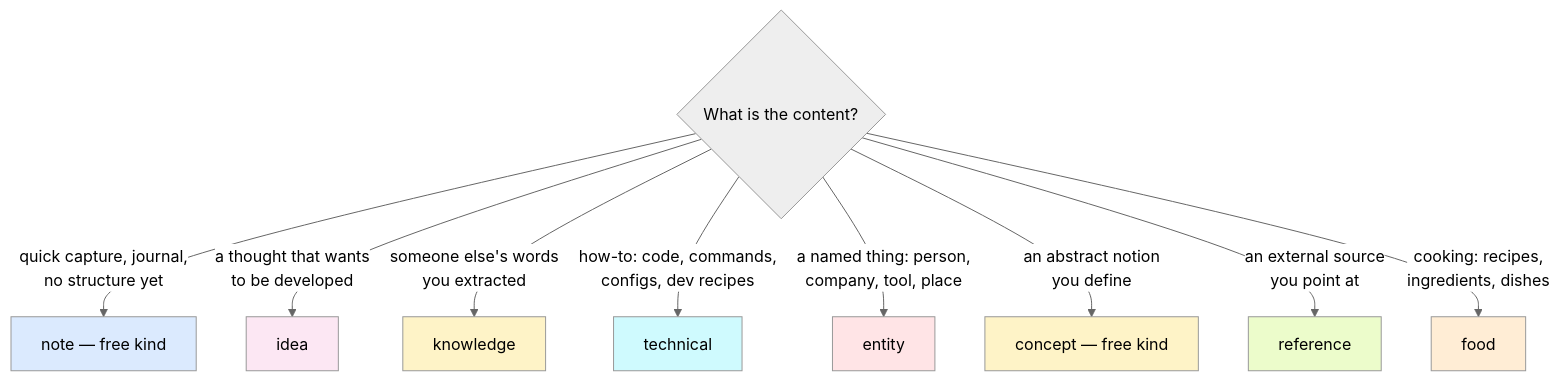
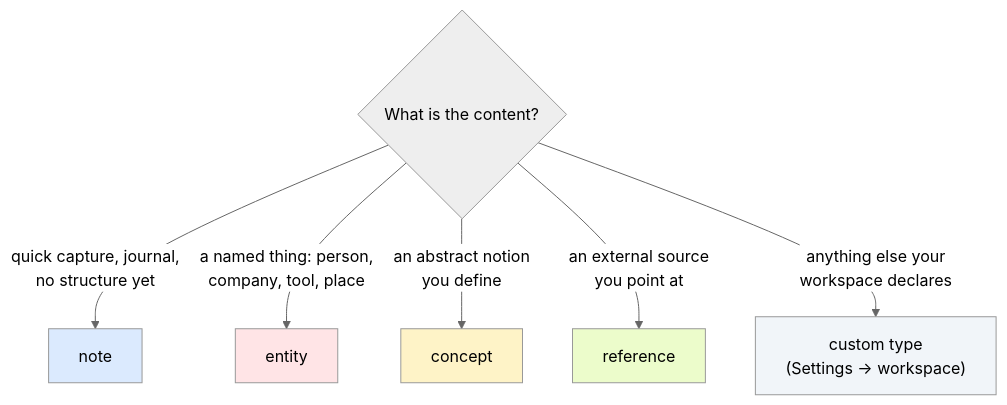
One commit to alvarolizama/dran changed the diagram in docs/page-types.md. Above: the diagram before and after it, drawn with Mermaid (neutral theme). The commit also changed other lines of this file and 15 other files, not shown here.

````diff
--- a/docs/page-types.md
+++ b/docs/page-types.md
@@ -18,21 +16,15 @@
 ```mermaid
 flowchart TD
   Q{"What is the content?"}
-  Q -->|"quick capture, journal,\nno structure yet"| N[note — free kind]
-  Q -->|"a thought that wants\nto be developed"| I[idea]
-  Q -->|"someone else's words\nyou extracted"| K[knowledge]
-  Q -->|"how-to: code, commands,\nconfigs, dev recipes"| T[technical]
+  Q -->|"quick capture, journal,\nno structure yet"| N[note]
   Q -->|"a named thing: person,\ncompany, tool, place"| E[entity]
-  Q -->|"an abstract notion\nyou define"| C[concept — free kind]
+  Q -->|"an abstract notion\nyou define"| C[concept]
   Q -->|"an external source\nyou point at"| R[reference]
-  Q -->|"cooking: recipes,\ningredients, dishes"| F[food]
+  Q -->|"anything else your\nworkspace declares"| X["custom type\n(Settings → workspace)"]
 
   style N fill:#dbeafe
-  style I fill:#fce7f3
-  style K fill:#fef3c7
-  style T fill:#cffafe
   style E fill:#ffe4e6
   style C fill:#fef3c7
   style R fill:#ecfccb
-  style F fill:#ffedd5
+  style X fill:#f1f5f9
 ```
````
